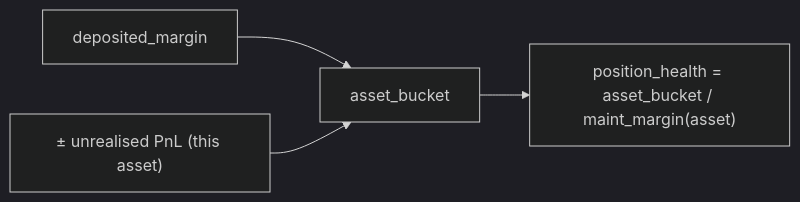
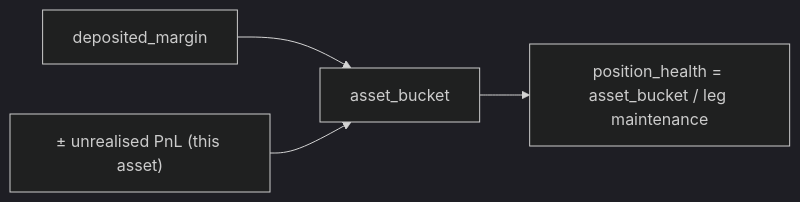
One commit to mtf-exchange/metaflux-knowledges changed the second of 4 diagrams in docs/concepts/margin-modes.md. Above: the diagram before and after it, drawn with Mermaid (dark theme). The commit also changed other lines of this file and 10 other files, not shown here.

````diff
--- a/docs/concepts/margin-modes.md
+++ b/docs/concepts/margin-modes.md
@@ -120,6 +121,6 @@
 ```mermaid
 flowchart LR
     DM["deposited_margin"] --> AB["asset_bucket"]
     PNL["± unrealised PnL (this asset)"] --> AB
-    AB --> PH["position_health = asset_bucket / maint_margin(asset)"]
+    AB --> PH["position_health = asset_bucket / leg maintenance"]
 ```
````
